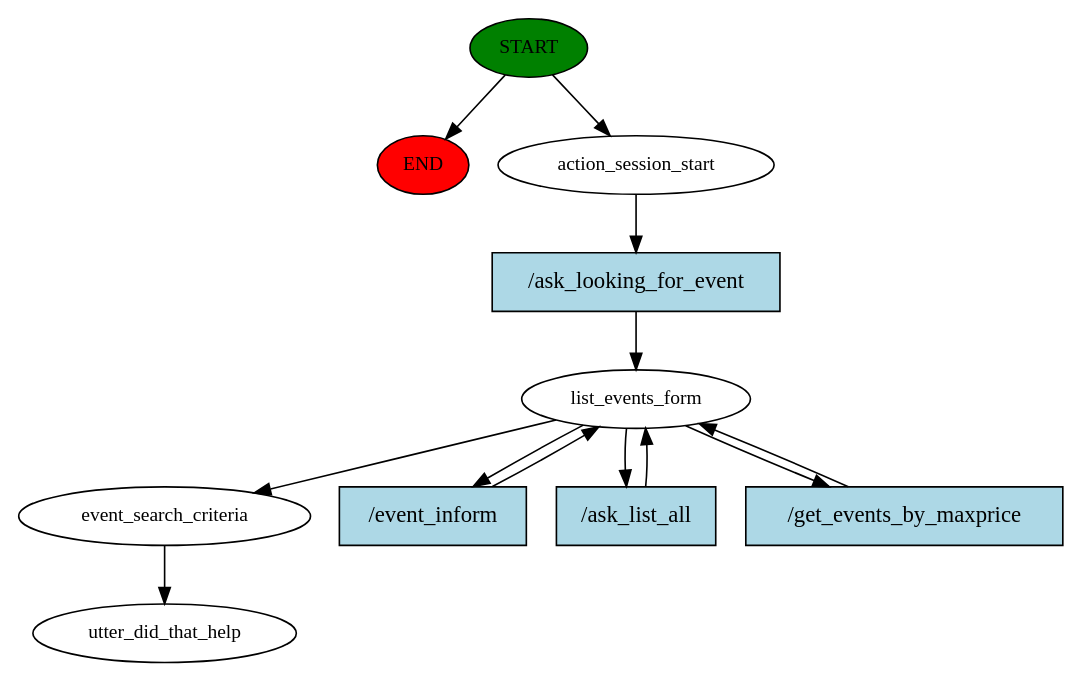
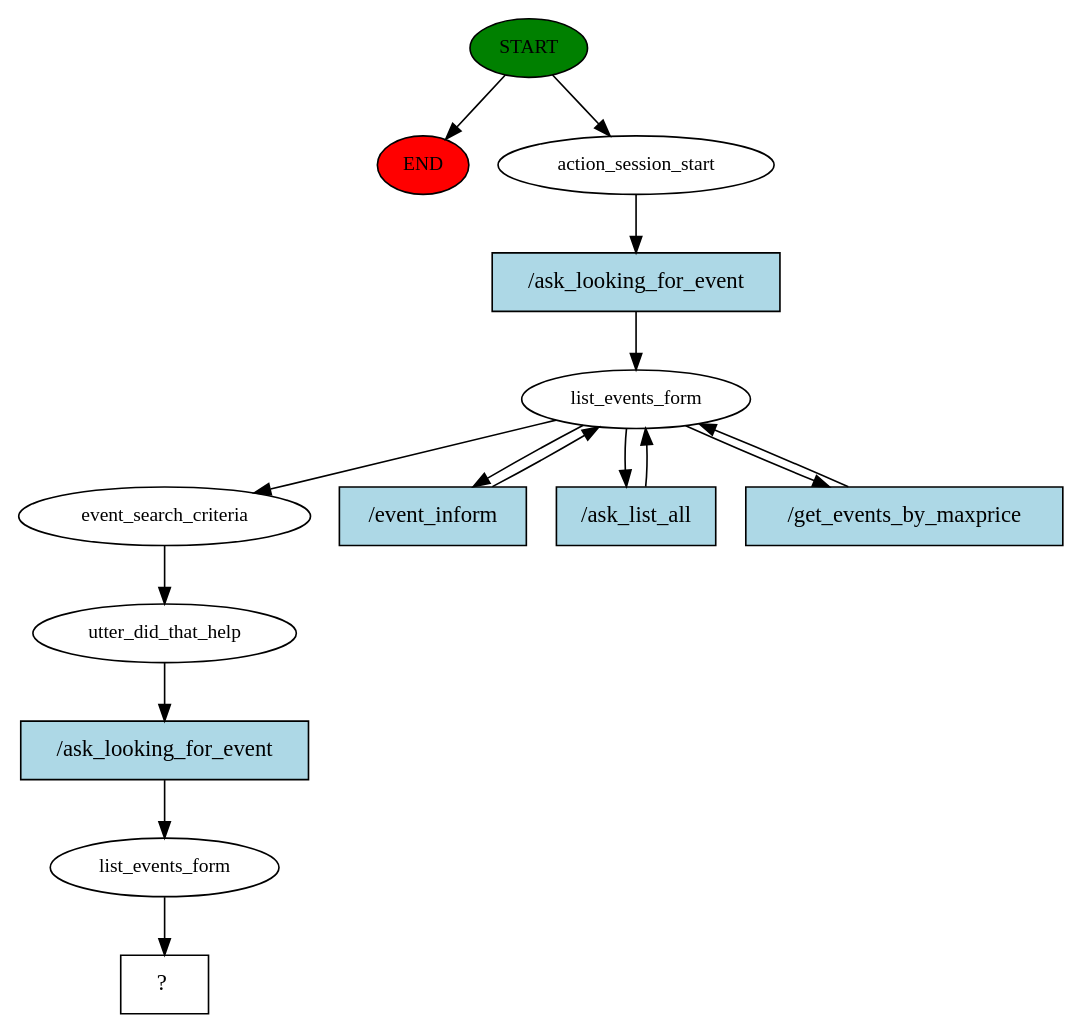
Before and after one commit to EhteshamBahoo/Tic8M8_Bot: the diagram in story_graph.dot, drawn with Graphviz. The commit also changed 8 other files, not shown here.

```diff
--- a/story_graph.dot
+++ b/story_graph.dot
@@ -1,24 +1,30 @@
 digraph  {
 0 [class="start active", fillcolor=green, fontsize=12, label=START, style=filled];
 "-1" [class=end, fillcolor=red, fontsize=12, label=END, style=filled];
 1 [class=active, fontsize=12, label=action_session_start];
 2 [class=active, fontsize=12, label=list_events_form];
 6 [class=active, fontsize=12, label=event_search_criteria];
-7 [class="dashed active", fontsize=12, label=utter_did_that_help];
-8 [class="intent active", fillcolor=lightblue, label="/ask_looking_for_event", shape=rect, style=filled];
-9 [class="intent active", fillcolor=lightblue, label="/event_inform", shape=rect, style=filled];
-10 [class="intent active", fillcolor=lightblue, label="/ask_list_all", shape=rect, style=filled];
-11 [class="intent active", fillcolor=lightblue, label="/get_events_by_maxprice", shape=rect, style=filled];
+7 [class=active, fontsize=12, label=utter_did_that_help];
+8 [class=active, fontsize=12, label=list_events_form];
+9 [class="intent dashed active", label="  ?  ", shape=rect];
+10 [class="intent active", fillcolor=lightblue, label="/ask_looking_for_event", shape=rect, style=filled];
+11 [class="intent active", fillcolor=lightblue, label="/event_inform", shape=rect, style=filled];
+12 [class="intent active", fillcolor=lightblue, label="/ask_list_all", shape=rect, style=filled];
+13 [class="intent active", fillcolor=lightblue, label="/get_events_by_maxprice", shape=rect, style=filled];
+14 [class="intent active", fillcolor=lightblue, label="/ask_looking_for_event", shape=rect, style=filled];
 0 -> "-1"  [class="", key=NONE, label=""];
 0 -> 1  [class=active, key=NONE, label=""];
-1 -> 8  [class=active, key=0];
+1 -> 10  [class=active, key=0];
 2 -> 6  [class=active, key=NONE, label=""];
-2 -> 9  [class=active, key=0];
-2 -> 10  [class=active, key=0];
 2 -> 11  [class=active, key=0];
+2 -> 12  [class=active, key=0];
+2 -> 13  [class=active, key=0];
 6 -> 7  [class=active, key=NONE, label=""];
-8 -> 2  [class=active, key=0];
-9 -> 2  [class=active, key=0];
+7 -> 14  [class=active, key=0];
+8 -> 9  [class=active, key=NONE, label=""];
 10 -> 2  [class=active, key=0];
 11 -> 2  [class=active, key=0];
+12 -> 2  [class=active, key=0];
+13 -> 2  [class=active, key=0];
+14 -> 8  [class=active, key=0];
 }
```
